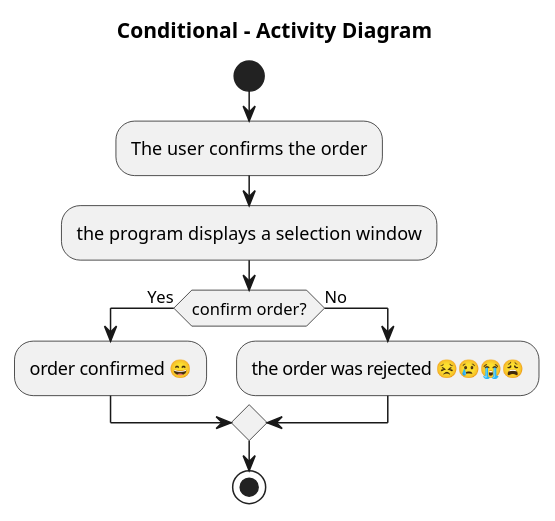
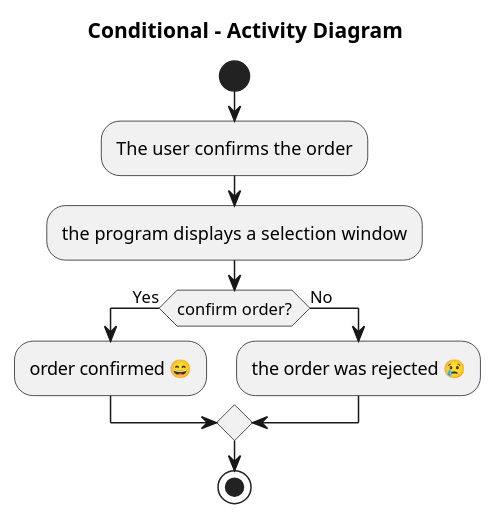
One commit to oleksandrblazhko/ai201-kebap changed the diagram in 2-SoftwareDesign/2.7-PlantUML/UML-Activity.puml. Above: the diagram before and after it, drawn with PlantUML.

```diff
--- a/2-SoftwareDesign/2.7-PlantUML/UML-Activity.puml
+++ b/2-SoftwareDesign/2.7-PlantUML/UML-Activity.puml
@@ -1,18 +1,18 @@
 @startuml
 
 title Conditional - Activity Diagram 
 
 start
 
 :The user confirms the order;
 :the program displays a selection window;
 
 if (confirm order?) then (Yes)
   :order confirmed 😄;
 else (No)
-  :the order was rejected 😣😢😭😩;
+  :the order was rejected 😢;
 endif
 
 stop
 
 @enduml
```
